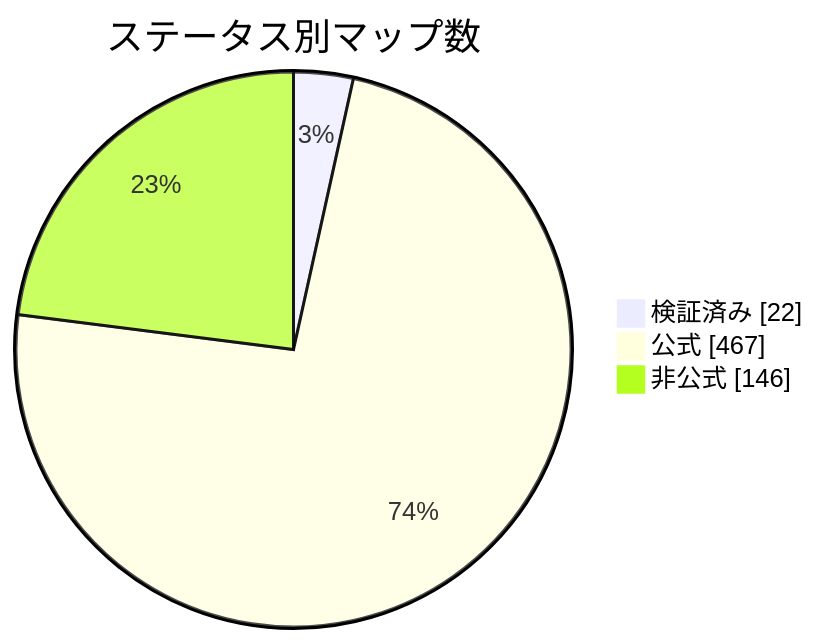
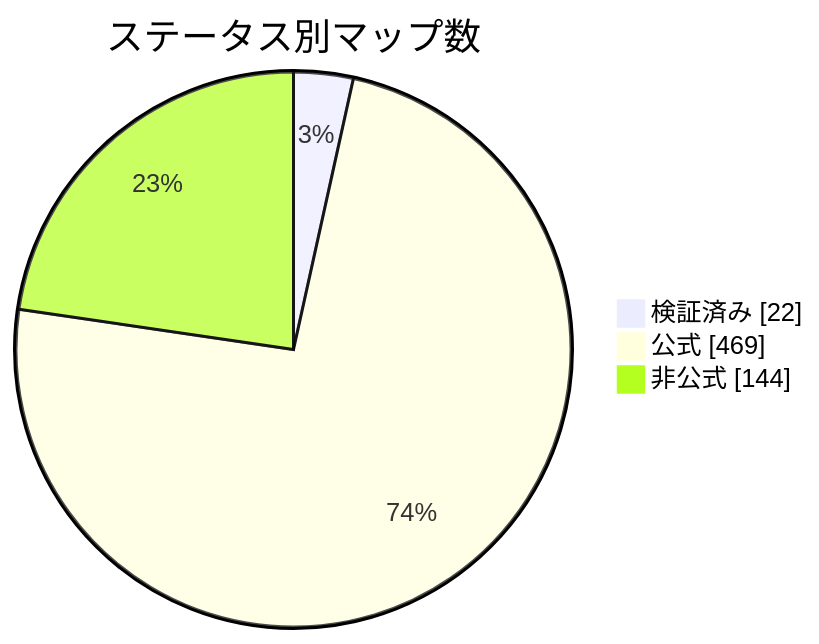
Before and after one commit to nobrega8/mbmap-library: the diagram in docs/readme/README_JP.md, drawn with Mermaid. The commit also changed 4 other files, not shown here.

````diff
--- a/docs/readme/README_JP.md
+++ b/docs/readme/README_JP.md
@@ -54,7 +54,7 @@
 ```mermaid
 pie showData
     title ステータス別マップ数
     "検証済み" : 22
-    "公式" : 467
-    "非公式" : 146
+    "公式" : 469
+    "非公式" : 144
 ```
````
